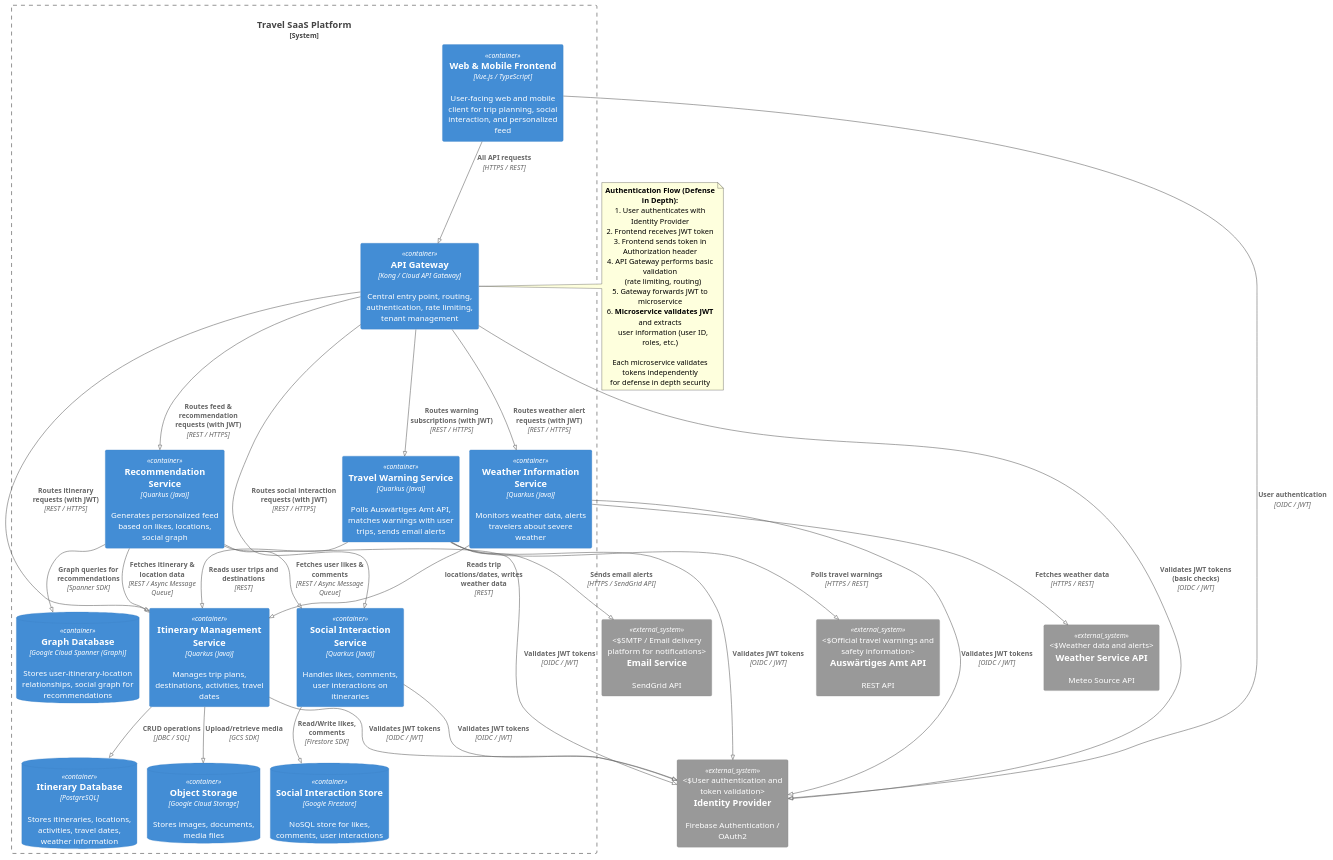
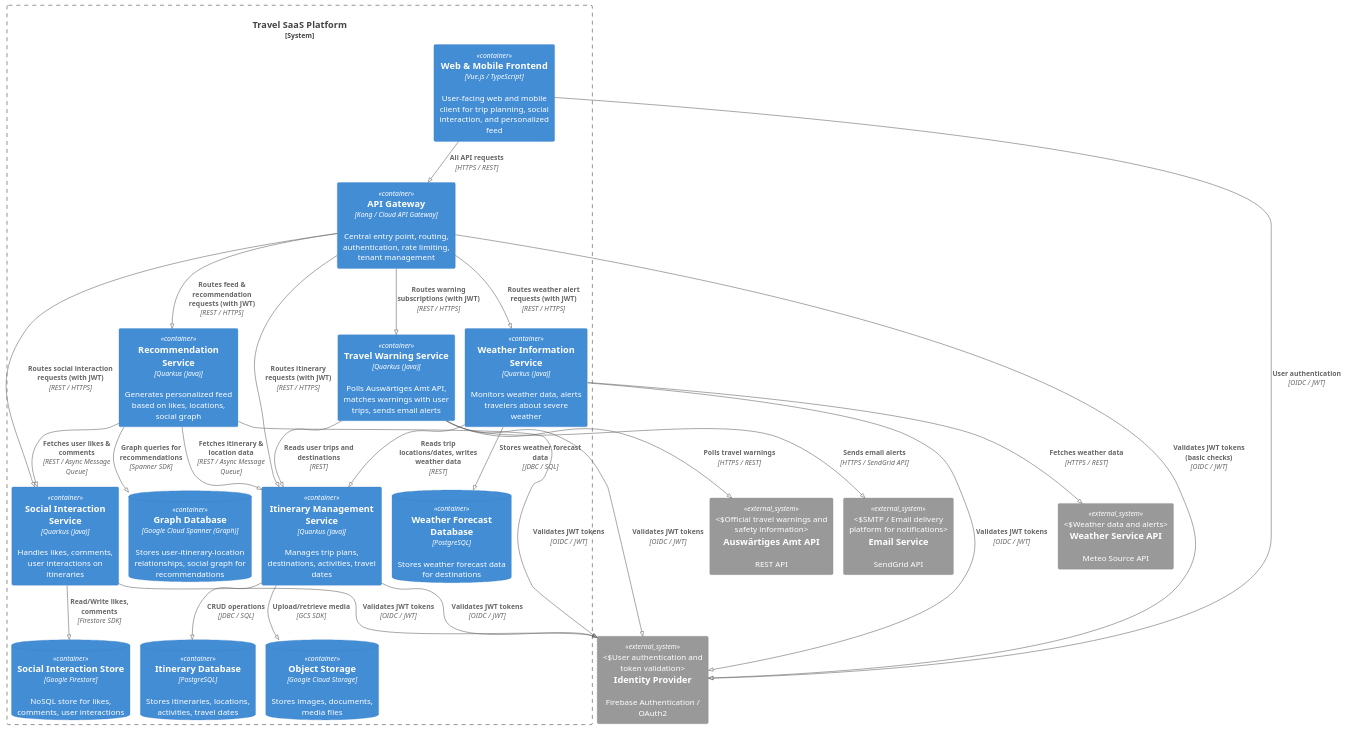
Before and after one commit to leotschritter/cad-backend: the diagram in docs/diagrams/software-architecture/03_software_architecture_diagram.puml, drawn with PlantUML.

Commit message:
adjusted sa diagram

```diff
--- a/docs/diagrams/software-architecture/03_software_architecture_diagram.puml
+++ b/docs/diagrams/software-architecture/03_software_architecture_diagram.puml
@@ -1,87 +1,75 @@
 @startuml
 !include <C4/C4_Container>
 
 
 !pragma layout smetana
 
 System_Boundary(travelSaaS, "Travel SaaS Platform") {
 
     ' Frontend
     Container(frontend, "Web & Mobile Frontend", "Vue.js / TypeScript", "User-facing web and mobile client for trip planning, social interaction, and personalized feed")
 
     ' API Gateway
     Container(apiGateway, "API Gateway", "Kong / Cloud API Gateway", "Central entry point, routing, authentication, rate limiting, tenant management")
 
     ' Microservices
     Container(itineraryService, "Itinerary Management Service", "Quarkus (Java)", "Manages trip plans, destinations, activities, travel dates")
     Container(socialService, "Social Interaction Service", "Quarkus (Java)", "Handles likes, comments, user interactions on itineraries")
     Container(recommendationService, "Recommendation Service", "Quarkus (Java)", "Generates personalized feed based on likes, locations, social graph")
     Container(travelWarningService, "Travel Warning Service", "Quarkus (Java)", "Polls Auswärtiges Amt API, matches warnings with user trips, sends email alerts")
     Container(weatherWarningService, "Weather Information Service", "Quarkus (Java)", "Monitors weather data, alerts travelers about severe weather")
 
     ' Datastores
-    ContainerDb(itineraryDb, "Itinerary Database", "PostgreSQL", "Stores itineraries, locations, activities, travel dates, weather information")
+    ContainerDb(itineraryDb, "Itinerary Database", "PostgreSQL", "Stores itineraries, locations, activities, travel dates")
     ContainerDb(objectStorage, "Object Storage", "Google Cloud Storage", "Stores images, documents, media files")
     ContainerDb(socialDb, "Social Interaction Store", "Google Firestore", "NoSQL store for likes, comments, user interactions")
     ContainerDb(recommendationDb, "Graph Database", "Google Cloud Spanner (Graph)", "Stores user-itinerary-location relationships, social graph for recommendations")
+    ContainerDb(weatherDb, "Weather Forecast Database", "PostgreSQL", "Stores weather forecast data for destinations")
 }
 
 ' External Systems
 System_Ext(identity, "Identity Provider", "Firebase Authentication / OAuth2", "User authentication and token validation")
 System_Ext(auswaertigesAmt, "Auswärtiges Amt API", "REST API", "Official travel warnings and safety information")
 System_Ext(emailApi, "Email Service", "SendGrid API", "SMTP / Email delivery platform for notifications")
 System_Ext(weatherApi, "Weather Service API", "Meteo Source API", "Weather data and alerts")
 
 ' Frontend Relationships
 Rel(frontend, identity, "User authentication", "OIDC / JWT")
 Rel(frontend, apiGateway, "All API requests", "HTTPS / REST")
 
 ' API Gateway to Microservices
 Rel(apiGateway, itineraryService, "Routes itinerary requests (with JWT)", "REST / HTTPS")
 Rel(apiGateway, socialService, "Routes social interaction requests (with JWT)", "REST / HTTPS")
 Rel(apiGateway, recommendationService, "Routes feed & recommendation requests (with JWT)", "REST / HTTPS")
 Rel(apiGateway, travelWarningService, "Routes warning subscriptions (with JWT)", "REST / HTTPS")
 Rel(apiGateway, weatherWarningService, "Routes weather alert requests (with JWT)", "REST / HTTPS")
 
 ' Microservices to Datastores
 Rel(itineraryService, itineraryDb, "CRUD operations", "JDBC / SQL")
 Rel(itineraryService, objectStorage, "Upload/retrieve media", "GCS SDK")
 Rel(socialService, socialDb, "Read/Write likes, comments", "Firestore SDK")
 Rel(recommendationService, recommendationDb, "Graph queries for recommendations", "Spanner SDK")
+Rel(weatherWarningService, weatherDb, "Stores weather forecast data", "JDBC / SQL")
 
 ' Service-to-Service Communication
 Rel(recommendationService, socialService, "Fetches user likes & comments", "REST / Async Message Queue")
 Rel(recommendationService, itineraryService, "Fetches itinerary & location data", "REST / Async Message Queue")
 Rel(travelWarningService, itineraryService, "Reads user trips and destinations", "REST")
 Rel(weatherWarningService, itineraryService, "Reads trip locations/dates, writes weather data", "REST")
 
 ' External Service Relationships
 Rel(apiGateway, identity, "Validates JWT tokens (basic checks)", "OIDC / JWT")
 Rel(travelWarningService, auswaertigesAmt, "Polls travel warnings", "HTTPS / REST")
 Rel(travelWarningService, emailApi, "Sends email alerts", "HTTPS / SendGrid API")
 Rel(weatherWarningService, weatherApi, "Fetches weather data", "HTTPS / REST")
 
 ' Microservices to Identity Provider for token validation
 Rel(itineraryService, identity, "Validates JWT tokens", "OIDC / JWT")
 Rel(socialService, identity, "Validates JWT tokens", "OIDC / JWT")
 Rel(recommendationService, identity, "Validates JWT tokens", "OIDC / JWT")
 Rel(travelWarningService, identity, "Validates JWT tokens", "OIDC / JWT")
 Rel(weatherWarningService, identity, "Validates JWT tokens", "OIDC / JWT")
 
-' Note about authentication flow
-note right of apiGateway
-  **Authentication Flow (Defense in Depth):**
-  1. User authenticates with Identity Provider
-  2. Frontend receives JWT token
-  3. Frontend sends token in Authorization header
-  4. API Gateway performs basic validation
-     (rate limiting, routing)
-  5. Gateway forwards JWT to microservice
-  6. **Microservice validates JWT** and extracts
-     user information (user ID, roles, etc.)
 
-  Each microservice validates tokens independently
-  for defense in depth security
-end note
 
 @enduml
```
